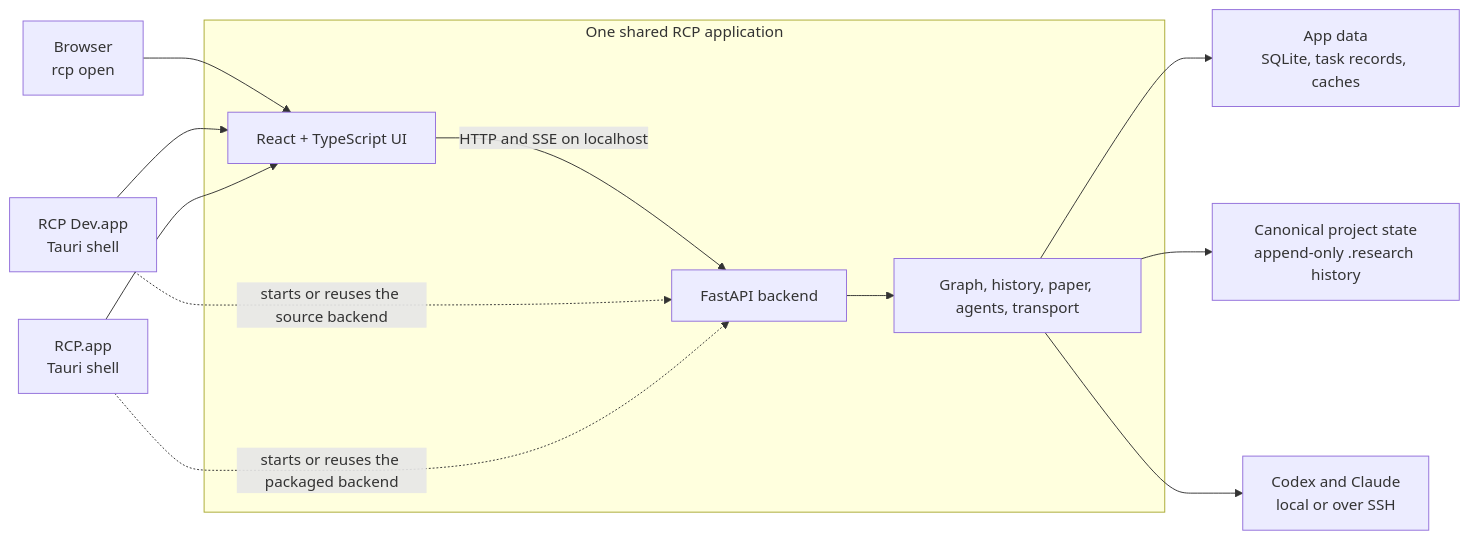
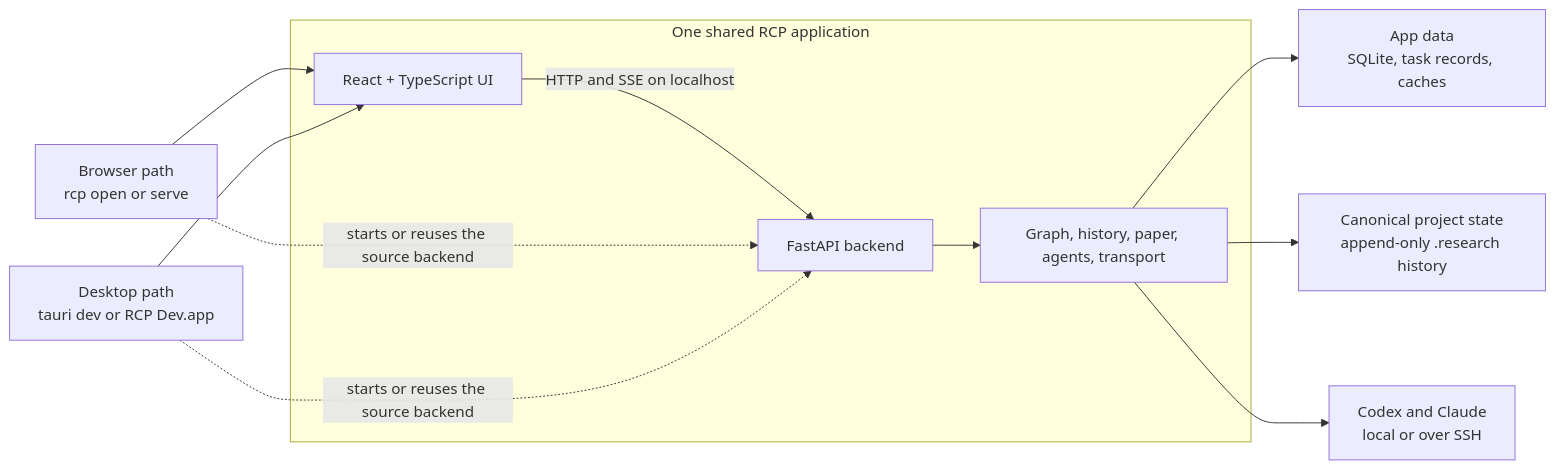
The first of 2 diagrams in README.md (Zhi0467/RCP), drawn with Mermaid before and after one commit. The commit also changed other lines of this file and 1 other file, not shown here.

Commit message:
Clarify development and release documentation

````diff
--- a/README.md
+++ b/README.md
@@ -28,25 +18,23 @@
 ```mermaid
 flowchart LR
-    Browser["Browser<br/>rcp open"]
-    Dev["RCP Dev.app<br/>Tauri shell"]
-    Release["RCP.app<br/>Tauri shell"]
+    Browser["Browser path<br/>rcp open or serve"]
+    Desktop["Desktop path<br/>tauri dev or RCP Dev.app"]
 
     subgraph Shared["One shared RCP application"]
         UI["React + TypeScript UI"]
         API["FastAPI backend"]
         Core["Graph, history, paper, agents, transport"]
     end
 
     Browser --> UI
-    Dev --> UI
-    Release --> UI
+    Desktop --> UI
     UI -->|"HTTP and SSE on localhost"| API
     API --> Core
 
-    Dev -. "starts or reuses the source backend" .-> API
-    Release -. "starts or reuses the packaged backend" .-> API
+    Browser -. "starts or reuses the source backend" .-> API
+    Desktop -. "starts or reuses the source backend" .-> API
 
     Core --> AppData["App data<br/>SQLite, task records, caches"]
     Core --> State["Canonical project state<br/>append-only .research history"]
     Core --> Providers["Codex and Claude<br/>local or over SSH"]
 ```
````
